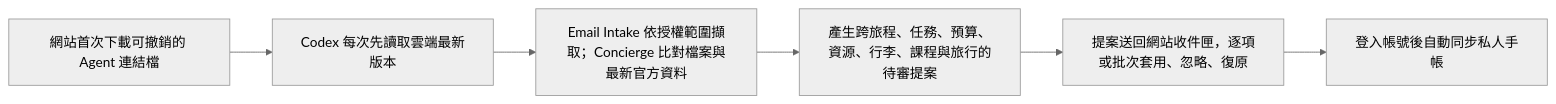
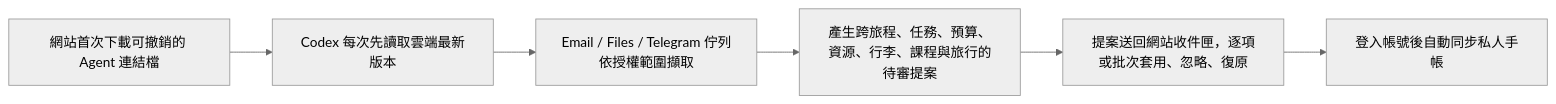
One commit to NCCUJacky80936/exchange-companion changed the diagram in README.md. Above: the diagram before and after it, drawn with Mermaid (neutral theme). The commit also changed other lines of this file and 80 other files, not shown here.

Commit message:
feat: sync secure public template with Telegram concierge

````diff
--- a/README.md
+++ b/README.md
@@ -42,8 +43,8 @@
 ```mermaid
 flowchart LR
   A["網站首次下載可撤銷的 Agent 連結檔"] --> B["Codex 每次先讀取雲端最新版本"]
-  B --> C["Email Intake 依授權範圍擷取；Concierge 比對檔案與最新官方資料"]
+  B --> C["Email / Files / Telegram 佇列依授權範圍擷取"]
   C --> D["產生跨旅程、任務、預算、資源、行李、課程與旅行的待審提案"]
   D --> E["提案送回網站收件匣，逐項或批次套用、忽略、復原"]
   E --> F["登入帳號後自動同步私人手帳"]
 ```
````
